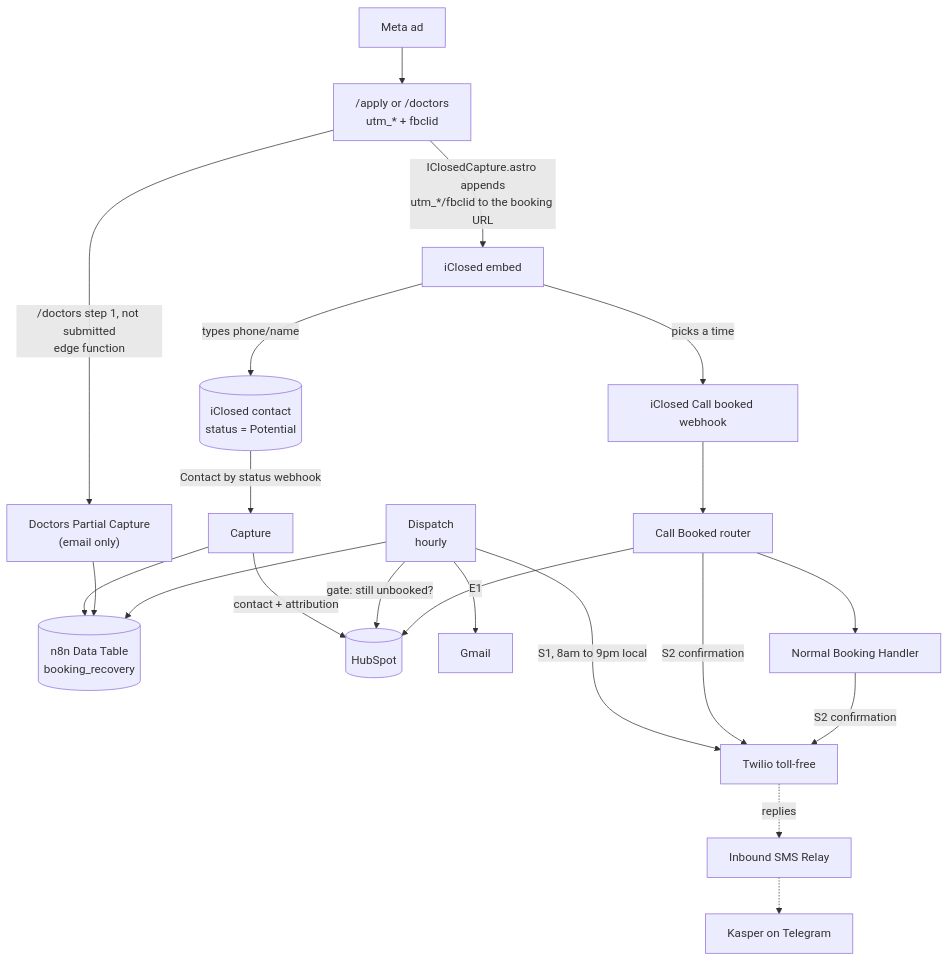
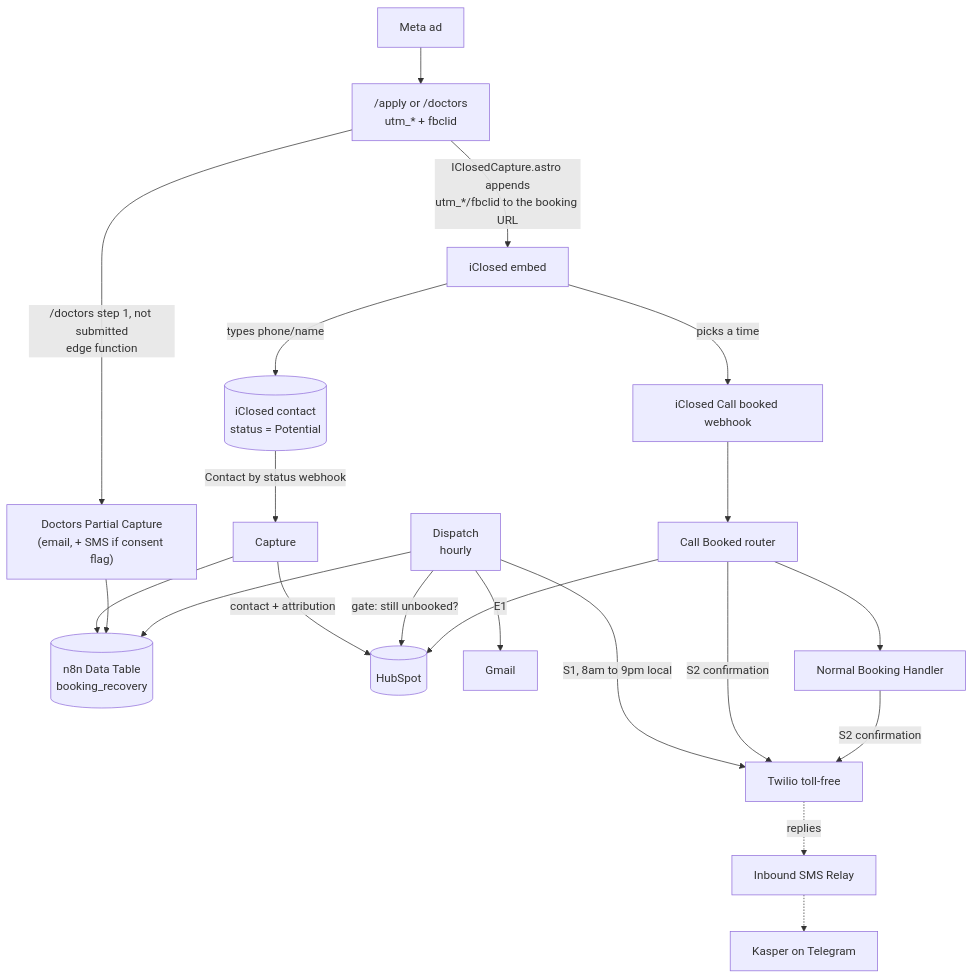
One commit to sidney-afk/synchrosocial changed the diagram in docs/booking-recovery/README.md. Above: the diagram before and after it, drawn with Mermaid. The commit also changed other lines of this file and 2 other files, not shown here.

Commit message:
Doctors step 1: SMS consent line under the phone field; partial capture sends sms_consent so leavers get the recovery text (#171)

````diff
--- a/docs/booking-recovery/README.md
+++ b/docs/booking-recovery/README.md
@@ -191,26 +191,26 @@
 ```mermaid
 flowchart TD
   AD["Meta ad"] --> LP["/apply or /doctors<br/>utm_* + fbclid"]
   LP -->|"IClosedCapture.astro appends<br/>utm_*/fbclid to the booking URL"| EMBED["iClosed embed"]
 
   EMBED -->|"types phone/name"| ICP[("iClosed contact<br/>status = Potential")]
   ICP -->|"Contact by status webhook"| CAP["Capture"]
   CAP --> DT[("n8n Data Table<br/>booking_recovery")]
   CAP -->|"contact + attribution"| HS[("HubSpot")]
 
-  LP -->|"/doctors step 1, not submitted<br/>edge function"| DOC["Doctors Partial Capture<br/>(email only)"]
+  LP -->|"/doctors step 1, not submitted<br/>edge function"| DOC["Doctors Partial Capture<br/>(email, + SMS if consent flag)"]
   DOC --> DT
 
   DISP["Dispatch<br/>hourly"] --> DT
   DISP -->|"gate: still unbooked?"| HS
   DISP -->|"E1"| EMAIL["Gmail"]
   DISP -->|"S1, 8am to 9pm local"| SMS["Twilio toll-free"]
 
   EMBED -->|"picks a time"| IC["iClosed Call booked webhook"]
   IC --> ROUTER["Call Booked router"]
   ROUTER --> HS
   ROUTER -->|"S2 confirmation"| SMS
   ROUTER --> NORMAL["Normal Booking Handler"]
   NORMAL -->|"S2 confirmation"| SMS
   SMS -.->|"replies"| RELAY["Inbound SMS Relay"] -.-> TG["Kasper on Telegram"]
 ```
````
